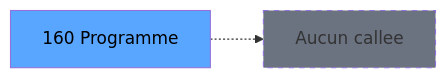
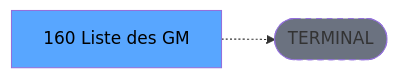
One commit to thonyAGP/lecteur-magic changed the third of 3 diagrams in .openspec/specs/ADH-IDE-160.md. Above: the diagram before and after it, drawn with Mermaid. The commit also changed other lines of this file and 701 other files, not shown here.

````diff
--- a/.openspec/specs/ADH-IDE-160.md
+++ b/.openspec/specs/ADH-IDE-160.md
@@ -157,8 +138,8 @@
 ```mermaid
 graph LR
-    T[160 Programme]
-    NONE[Aucun callee]
-    T -.-> NONE
+    T[160 Liste des GM]
+    TERM([TERMINAL])
+    T -.-> TERM
+    style TERM fill:#6b7280,stroke-dasharray: 5 5
     style T fill:#58a6ff,color:#000
-    style NONE fill:#6b7280,stroke-dasharray: 5 5
 ```
````
